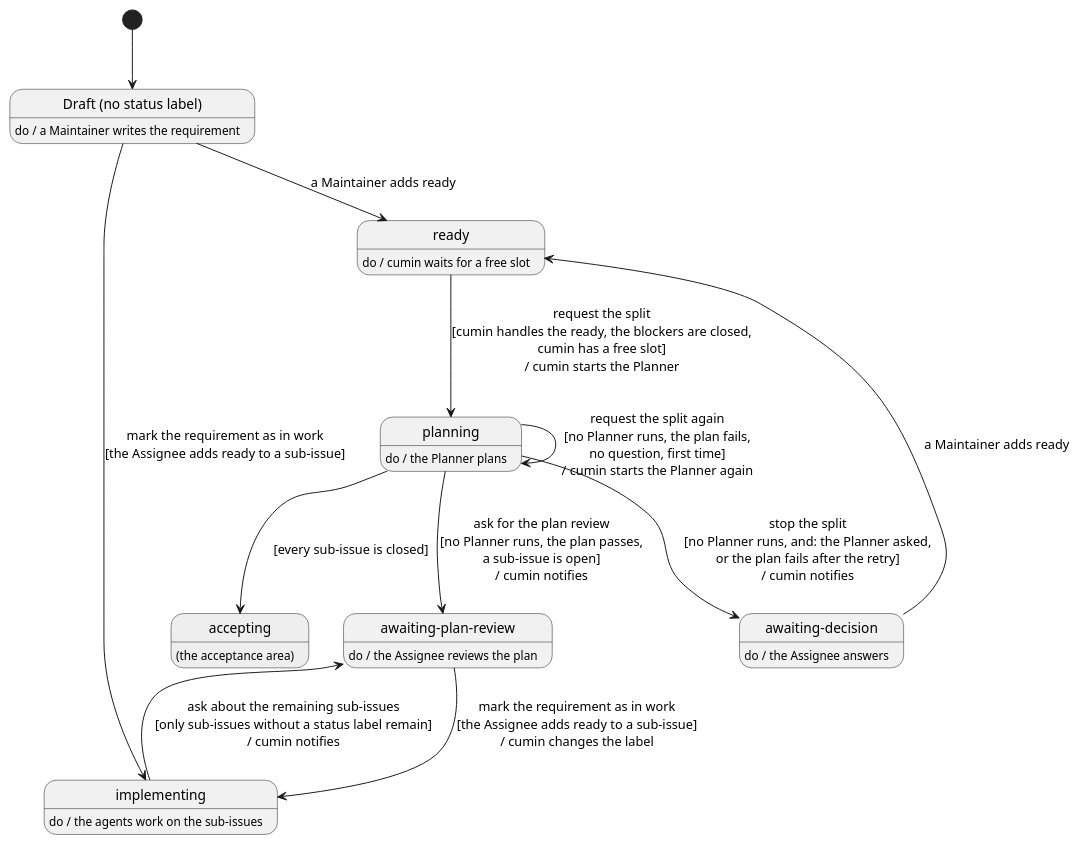
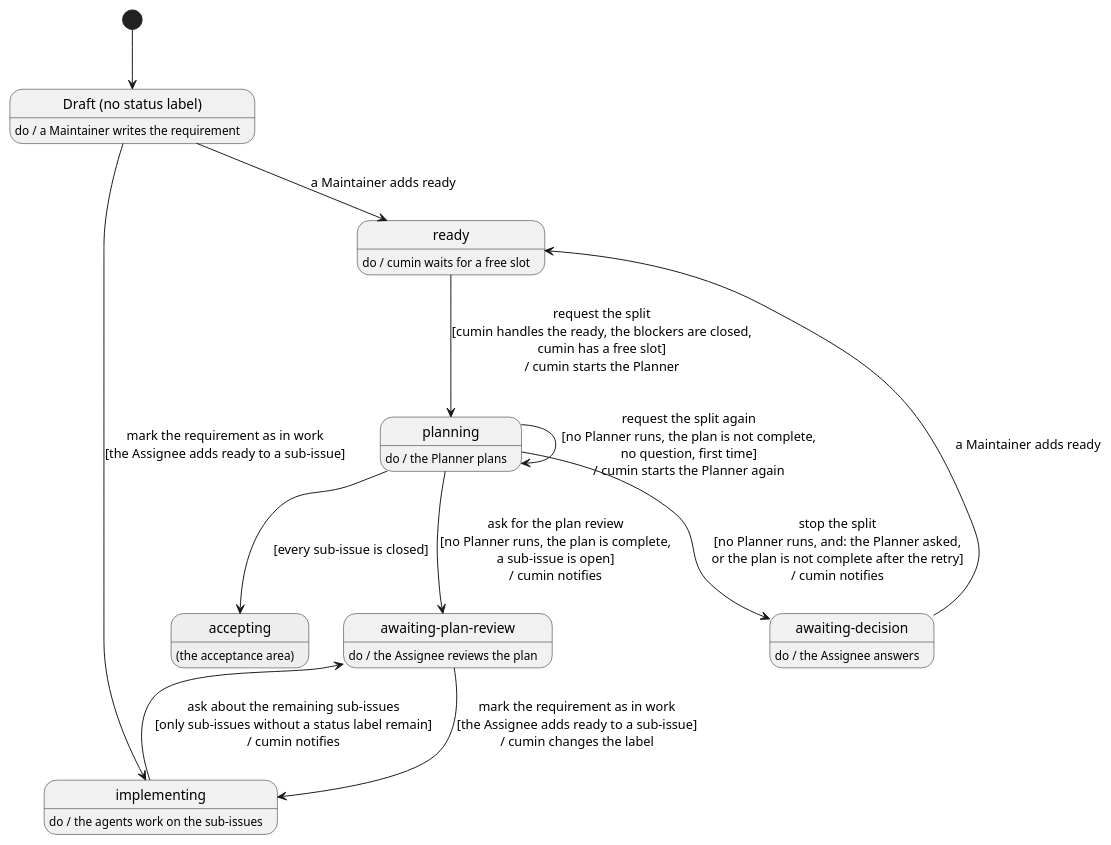
Before and after one commit to cloveclovedev/cumin-works: the diagram in docs/ja/requirements/plan/overview.puml, drawn with PlantUML. The commit also changed 6 other files, not shown here.

```diff
--- a/docs/ja/requirements/plan/overview.puml
+++ b/docs/ja/requirements/plan/overview.puml
@@ -1,42 +1,42 @@
 @startuml overview
-' cumin-works - the states of a requirement issue in the plan stage.
+' cumin-works - the states of a requirement issue in the plan.
 ' A state is a label on GitHub, written without "cumin/status/". "do /" says who works in the state.
 ' A transition is written: action [guard] / what cumin does.
 ' Render: run scripts/render-diagrams.sh at the root of the repository.
 
 hide empty description
 
 state "Draft (no status label)" as Draft
 Draft : do / a Maintainer writes the requirement
 
 state "ready" as Ready
 Ready : do / cumin waits for a free slot
 
 state "planning" as Planning
 Planning : do / the Planner plans
 
 state "awaiting-plan-review" as PlanReview
 PlanReview : do / the Assignee reviews the plan
 
 state "implementing" as Implementing
 Implementing : do / the agents work on the sub-issues
 
 state "awaiting-decision" as Decision
 Decision : do / the Assignee answers
 
 state "accepting" as Accepting #EEEEEE
 Accepting : (the acceptance area)
 
 [*] --> Draft
 Draft --> Ready : a Maintainer adds ready
 Ready --> Planning : request the split\n[cumin handles the ready, the blockers are closed,\ncumin has a free slot]\n/ cumin starts the Planner
-Planning --> PlanReview : ask for the plan review\n[no Planner runs, the plan passes,\na sub-issue is open]\n/ cumin notifies
-Planning --> Planning : request the split again\n[no Planner runs, the plan fails,\nno question, first time]\n/ cumin starts the Planner again
-Planning --> Decision : stop the split\n[no Planner runs, and: the Planner asked,\nor the plan fails after the retry]\n/ cumin notifies
+Planning --> PlanReview : ask for the plan review\n[no Planner runs, the plan is complete,\na sub-issue is open]\n/ cumin notifies
+Planning --> Planning : request the split again\n[no Planner runs, the plan is not complete,\nno question, first time]\n/ cumin starts the Planner again
+Planning --> Decision : stop the split\n[no Planner runs, and: the Planner asked,\nor the plan is not complete after the retry]\n/ cumin notifies
 Planning --> Accepting : [every sub-issue is closed]
 PlanReview --> Implementing : mark the requirement as in work\n[the Assignee adds ready to a sub-issue]\n/ cumin changes the label
 Draft --> Implementing : mark the requirement as in work\n[the Assignee adds ready to a sub-issue]
 Implementing --> PlanReview : ask about the remaining sub-issues\n[only sub-issues without a status label remain]\n/ cumin notifies
 Decision --> Ready : a Maintainer adds ready
 
 @enduml
```
